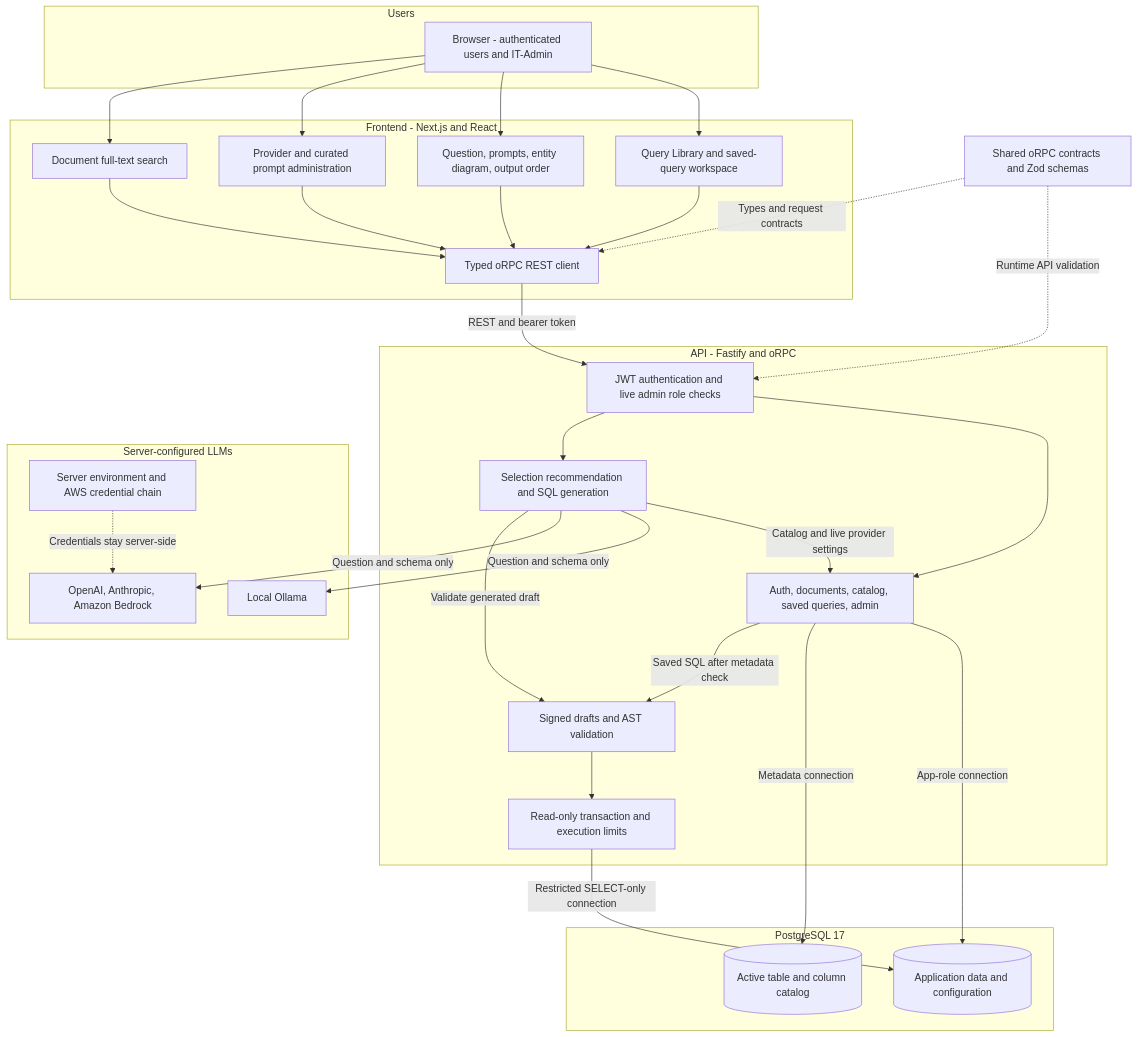
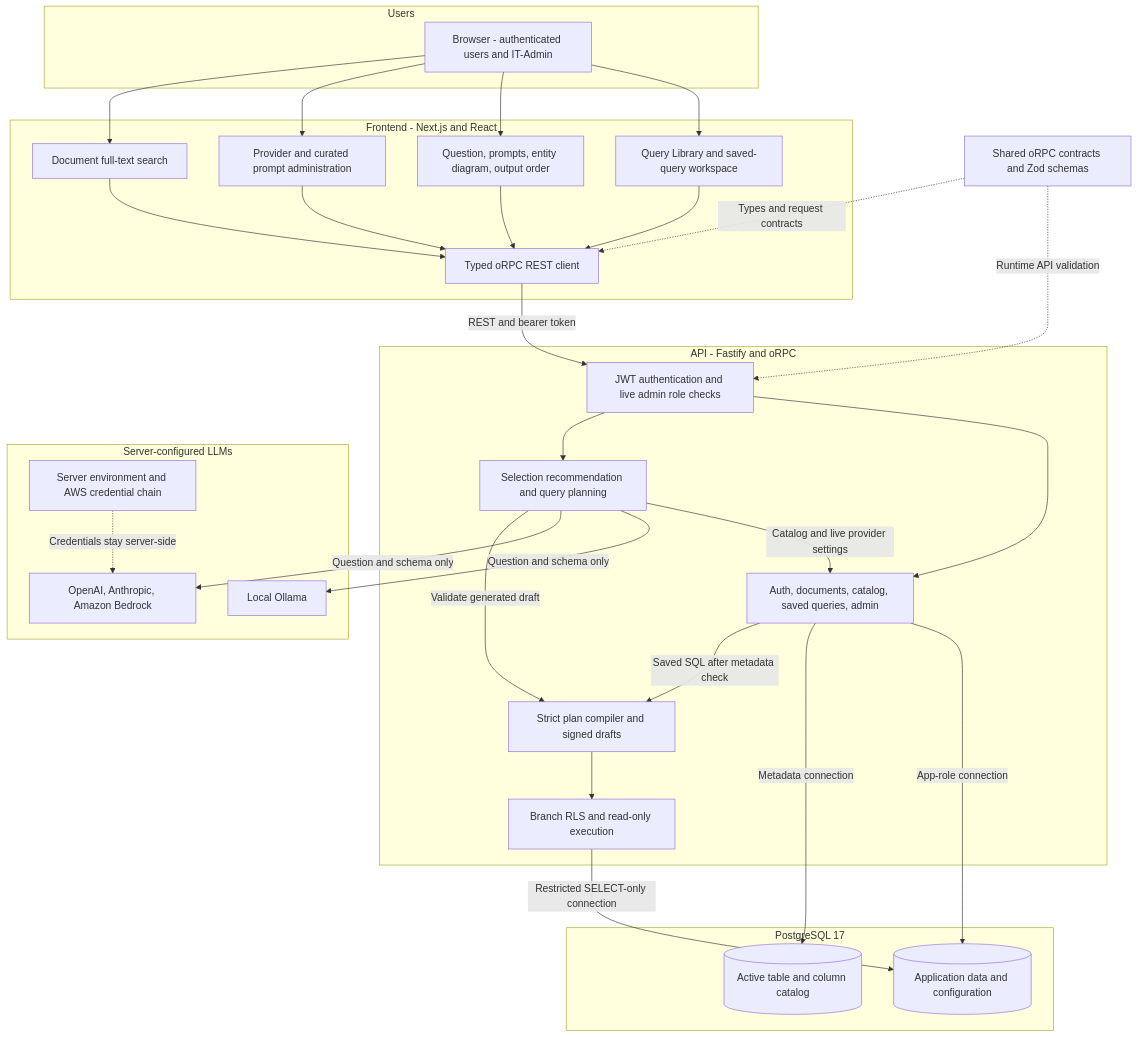
One commit to ArifSPE/AIAdvanceSearch changed the first of 2 diagrams in .github/modernize/assessment/engines/facts/architecture-diagram.md. Above: the diagram before and after it, drawn with Mermaid. The commit also changed other lines of this file and 45 other files, not shown here.

First line of the commit message:
feat: add constrained query planning, branch RLS, and LLM evaluations

````diff
--- a/.github/modernize/assessment/engines/facts/architecture-diagram.md
+++ b/.github/modernize/assessment/engines/facts/architecture-diagram.md
@@ -8,54 +8,54 @@
 ```mermaid
 flowchart TD
     subgraph UsersLayer["Users"]
         BrowserClient["Browser - authenticated users and IT-Admin"]
     end
     subgraph WebLayer["Frontend - Next.js and React"]
         WebLibrary["Query Library and saved-query workspace"]
         WebBuilder["Question, prompts, entity diagram, output order"]
         WebAdmin["Provider and curated prompt administration"]
         WebSearch["Document full-text search"]
         WebClient["Typed oRPC REST client"]
     end
     subgraph ServerLayer["API - Fastify and oRPC"]
         AuthBoundary["JWT authentication and live admin role checks"]
         BusinessServices["Auth, documents, catalog, saved queries, admin"]
-        LlmWorkflows["Selection recommendation and SQL generation"]
-        ValidationBoundary["Signed drafts and AST validation"]
-        QueryExecution["Read-only transaction and execution limits"]
+        LlmWorkflows["Selection recommendation and query planning"]
+        ValidationBoundary["Strict plan compiler and signed drafts"]
+        QueryExecution["Branch RLS and read-only execution"]
     end
     subgraph StorageLayer["PostgreSQL 17"]
         ApplicationDatabase[("Application data and configuration")]
         MetadataDatabase[("Active table and column catalog")]
     end
     subgraph ProviderLayer["Server-configured LLMs"]
         LocalOllama["Local Ollama"]
         CloudModels["OpenAI, Anthropic, Amazon Bedrock"]
         ServerCredentials["Server environment and AWS credential chain"]
     end
     ContractPackage["Shared oRPC contracts and Zod schemas"]
 
     BrowserClient --> WebLibrary
     BrowserClient --> WebBuilder
     BrowserClient --> WebAdmin
     BrowserClient --> WebSearch
     WebLibrary --> WebClient
     WebBuilder --> WebClient
     WebAdmin --> WebClient
     WebSearch --> WebClient
     ContractPackage -.->|"Types and request contracts"| WebClient
     ContractPackage -.->|"Runtime API validation"| AuthBoundary
     WebClient -->|"REST and bearer token"| AuthBoundary
     AuthBoundary --> BusinessServices
     AuthBoundary --> LlmWorkflows
     BusinessServices -->|"App-role connection"| ApplicationDatabase
     BusinessServices -->|"Metadata connection"| MetadataDatabase
     LlmWorkflows -->|"Catalog and live provider settings"| BusinessServices
     LlmWorkflows -->|"Question and schema only"| LocalOllama
     LlmWorkflows -->|"Question and schema only"| CloudModels
     ServerCredentials -.->|"Credentials stay server-side"| CloudModels
     LlmWorkflows -->|"Validate generated draft"| ValidationBoundary
     BusinessServices -->|"Saved SQL after metadata check"| ValidationBoundary
     ValidationBoundary --> QueryExecution
     QueryExecution -->|"Restricted SELECT-only connection"| ApplicationDatabase
 ```
````
